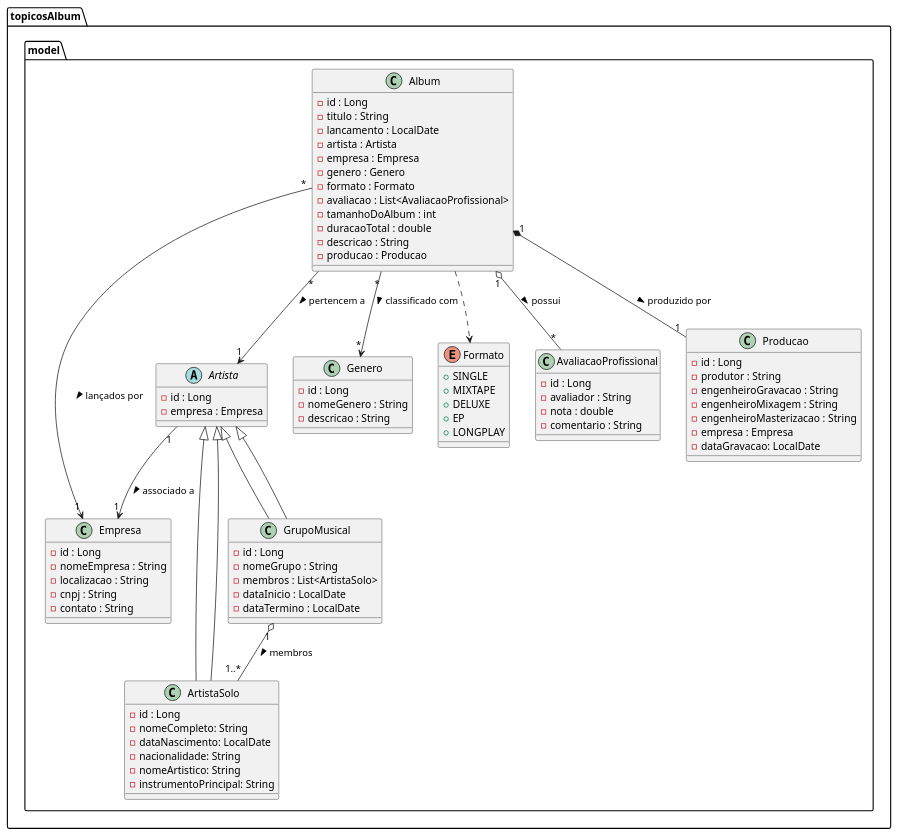
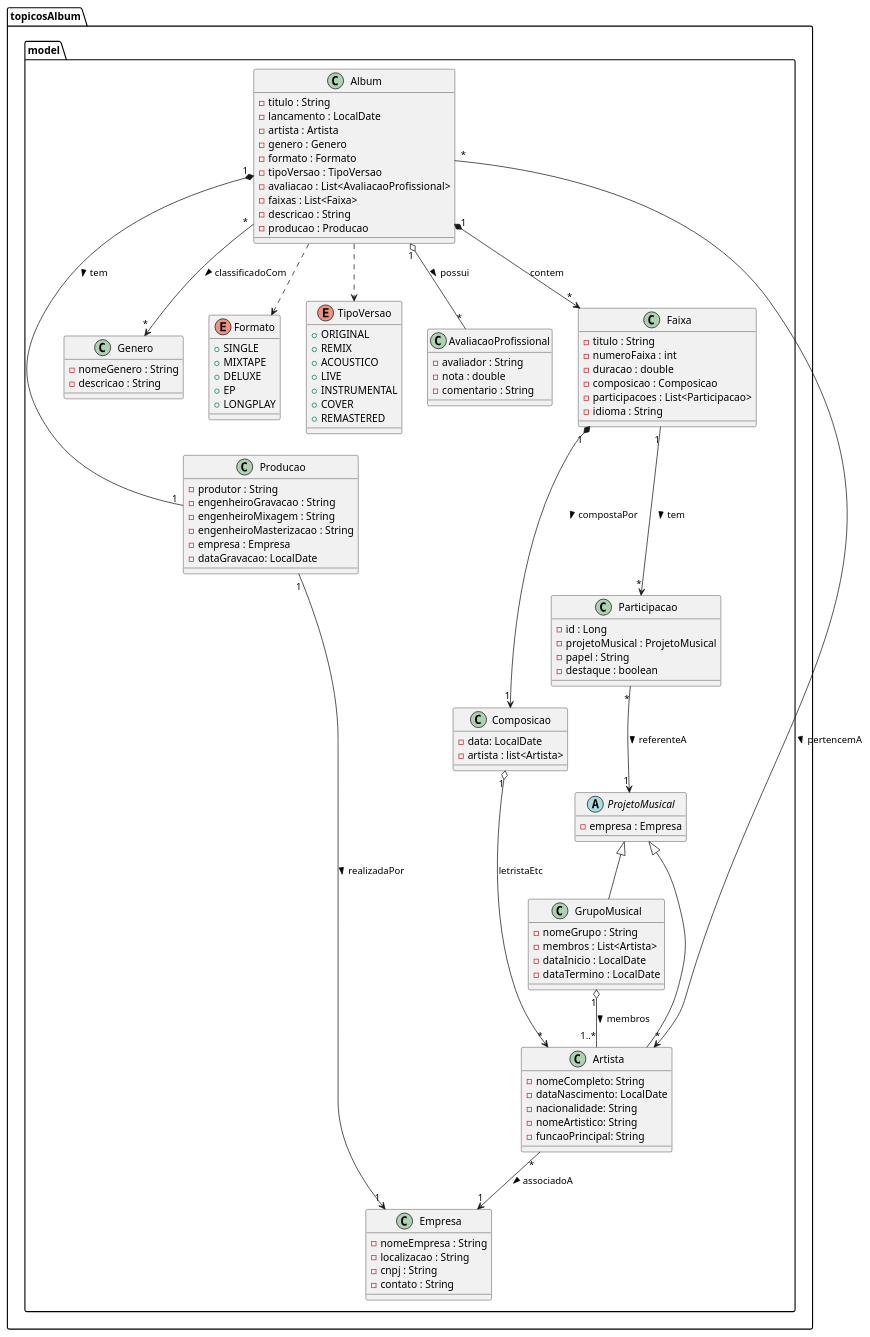
The diagram in src/main/resources/diagrama.plantuml (tigersonari/AlbunsMusicais), drawn with PlantUML before and after one commit.

Commit message:
diagramaUml

```diff
--- a/src/main/resources/diagrama.plantuml
+++ b/src/main/resources/diagrama.plantuml
@@ -1,114 +1,200 @@
 @startuml
 
 package "topicosAlbum.model" {
 
     class Album {
-        - id : Long
         - titulo : String
         - lancamento : LocalDate
         - artista : Artista
-        - empresa : Empresa
         - genero : Genero
         - formato : Formato
+        - tipoVersao : TipoVersao
         - avaliacao : List<AvaliacaoProfissional>
-        - tamanhoDoAlbum : int
-        - duracaoTotal : double
+        - faixas : List<Faixa>
         - descricao : String
         - producao : Producao
     }
+    ' - duracaoTotal : double
+    ' duracao total pode ser calculada somando a duracao de todas as faixas
+    ' - tamanhoDoAlbum : int
+    ' tamanho do album pode ser calculado somando o tamanho de todas as faixas
 
     class Empresa {
-        - id : Long
         - nomeEmpresa : String
         - localizacao : String
         - cnpj : String
         - contato : String
     }
 
-    abstract class Artista {
-       - id : Long
+    abstract class ProjetoMusical {
        - empresa : Empresa
     }
 
-    class ArtistaSolo extends Artista {
-       - id : Long
+    class Artista extends ProjetoMusical {
        - nomeCompleto: String
        - dataNascimento: LocalDate
        - nacionalidade: String
        - nomeArtistico: String
-       - instrumentoPrincipal: String
+       - funcaoPrincipal: String
+       ' pode ser cantor, compositor, letrista, produtor, etc.
     }
     
-    class GrupoMusical extends Artista {
-       - id : Long
+    class GrupoMusical extends ProjetoMusical {
        - nomeGrupo : String
-       - membros : List<ArtistaSolo>
+       - membros : List<Artista>
        - dataInicio : LocalDate
        - dataTermino : LocalDate
     }
 
 
     class Genero {
-        - id : Long
         - nomeGenero : String
         - descricao : String
     }
 
     enum Formato {
         +SINGLE
         +MIXTAPE
         +DELUXE
         +EP
         +LONGPLAY
-}
+    }
+
+    enum TipoVersao {
+        + ORIGINAL
+        + REMIX
+        + ACOUSTICO
+        + LIVE
+        + INSTRUMENTAL
+        + COVER
+        + REMASTERED
+    }
+    ' enum é apenas uma maneira simplificada. profissionalmente, o ideal é criar uma tabela distinta para versão, onde o detalhamento pode ser maior.
+    ' ex> class Versao {
+    ' - id : Long
+    ' - tipo : TipoVersao
+    ' - faixaOriginal : Faixa
+    ' - faixaDerivada : Faixa
+    ' }
+
+
+    ' enum TipoMidia {
+        ' + CD
+        ' + VINIL
+        ' + FITA
+        ' + DIGITAL
+    ' }
+
 
     class AvaliacaoProfissional {
-        - id : Long
         - avaliador : String
         - nota : double
         - comentario : String
     }
 
     class Producao {
-        - id : Long
         - produtor : String
         - engenheiroGravacao : String
         - engenheiroMixagem : String
         - engenheiroMasterizacao : String
-        - empresa : Empresa
+        - empresa : Empresa 
         - dataGravacao: LocalDate
     }
+    ' empresa em produção é a empresa que fez a produção do álbum, que pode ser diferente da empresa que lançou o álbum/do artista
+
+    class Composicao {
+        - data: LocalDate
+        - artista : list<Artista>
+    }
+    ' relação com artista (letrista)
+
+     class Participacao {
+    - id : Long  
+    - projetoMusical : ProjetoMusical 
+    - papel : String             
+    - destaque : boolean 
+    }
+    ' papel pode ser "feat.", "banda de apoio", etc.
+    ' destaque indica se o participante é um artista principal (true) ou um artista de apoio
+    ' ex.: em "Eminem feat. Rihanna", Eminem é o artista principal (destaque=true) e Rihanna é a artista de apoio (destaque=false)
+    ' em "Banda X", todos os membros da banda são artistas principais (destaque=true)
+
+
+    class Faixa {
+    - titulo : String            
+    - numeroFaixa : int          
+    - duracao : double           
+    - composicao : Composicao    
+    - participacoes : List<Participacao>             
+    - idioma : String 
+    }
+    ' a produção (produtor, engenheiros, gravadora, etc.) normalmente é atribuída ao álbum como um todo, não a cada faixa individual.
+    ' porém, em alguns casos especiais, cada faixa pode ter produtores diferentes (ex.: álbuns de K-pop, onde cada faixa pode ter equipes diferentes).
+    ' então PENSAR se a modelagem mais complexa - e mais realista - com producao em faixa vale a pena.
+    ' por ora, deixar a produção vinculada ao álbum como um todo.
+
+    
 
       ' RELACIONAMENTOS
 
 
-    Album "*" --> "1" Artista : pertencem a >
-    Album "*" --> "1" Empresa : lançados por >
-    Album "*" --> "*" Genero : classificado com >
+    Album "*" --> "*" Artista : pertencemA >
+    'existem álbuns colaborativos (mais de um artista principal).
+
+    'Album "*" --> "1" Empresa : lançados por > (tirado por ser bidirecional. artista já está associado a empresa. necessário apenas uma query)
+
+    Album "*" --> "*" Genero : classificadoCom >
+    
+    
 
 
     Album "1" o-- "*" AvaliacaoProfissional : possui >
     ' agregação. album agrega várias avaliacaoProfissional
     ' avaliações podem existir sem o álbum (não são destruídas junto com ele)
 
 
-    Album "1" *-- "1" Producao : produzido por >
+    ' Faixa "1" *-- "1" Producao : produzidoPor >
     ' producao só existe se tiver um album, pois cada album tem um time de producao diferente e especifico
     ' a produção é exclusiva daquele álbum (não existe sem ele).
 
-    Artista "1" --> "1" Empresa : associado a >
-    ArtistaSolo --|> Artista
-    GrupoMusical --|> Artista
 
-    GrupoMusical "1" o-- "1..*" ArtistaSolo : membros >
+    Album "1"*--> "*" Faixa : contem
+
+    Album "1" *-- "1" Producao : tem >
+    ' composição forte. produção não existe sem o álbum. se o álbum for deletado, a produção também é.
+
+    Artista "*" --> "1" Empresa : associadoA >
+    
+    Producao "1" --> "1" Empresa : realizadaPor >
+    
+
+    GrupoMusical "1" o-- "1..*" Artista : membros >
     ' todo grupo precisa de pelo menos 1 membro
 
     Album ..> Formato 
     ' Dependência (uso do enum). album usa formato, mas formato não depende de album
+    
+    Album ..> TipoVersao
+
+    Faixa "1" *--> "1" Composicao: compostaPor >
+    ' composição forte. se a faixa for deletada, a composição também é.
 
 
+    'Faixa "*" --> "*" ProjetoMusical : participacao >
+    ' uma faixa pode ter participação de vários artistas ou grupos musicais (ex.: feat., banda de apoio, etc.)
+
+
+    Faixa "1" --> "*" Participacao: tem >
+    ' uma faixa pode ter várias participações (feat., banda de apoio, etc.)
+
+    Participacao "*" --> "1" ProjetoMusical: referenteA >
+    ' uma participação está sempre vinculada a um projeto musical (artista ou grupo musical)
+
+
+    Composicao "1" o--> "*" Artista: letristaEtc
+    ' uma composição pode existir independente de uma faixa (ex.: música ainda não gravada).
 
 
 }
 
 @enduml
```
